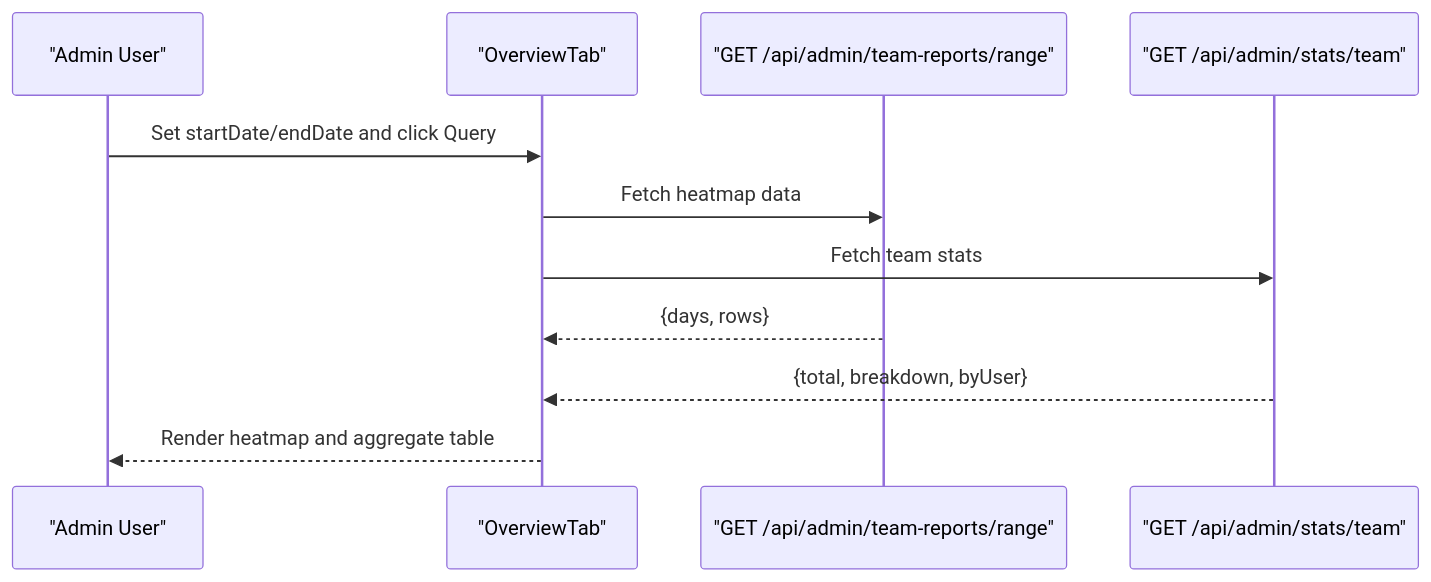
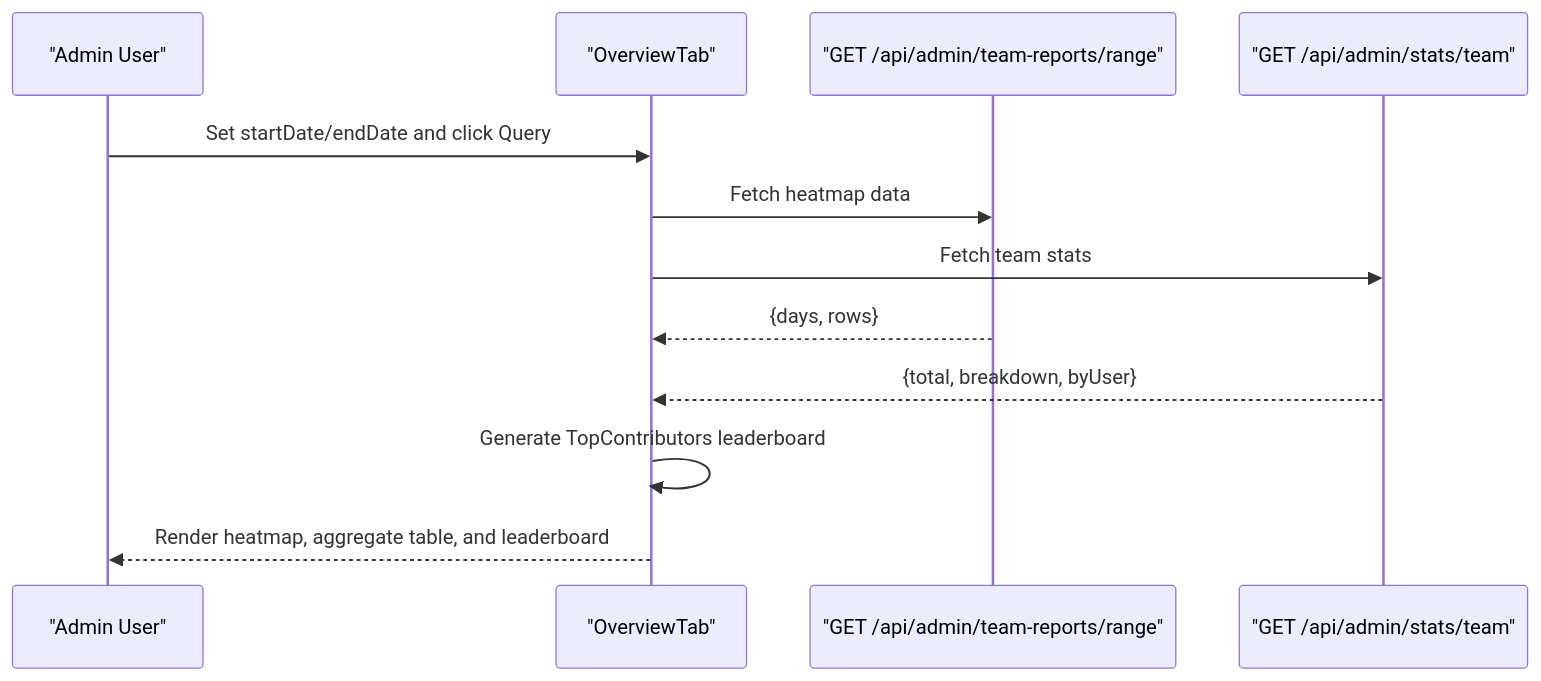
The fourth of 8 diagrams in .qoder/repowiki/en/content/Admin Features/Team Member Statistics.md (jrj444/git-daily), drawn with Mermaid before and after one commit. The commit also changed other lines of this file and 2 other files, not shown here.

````diff
--- a/.qoder/repowiki/en/content/Admin Features/Team Member Statistics.md
+++ b/.qoder/repowiki/en/content/Admin Features/Team Member Statistics.md
@@ -189,13 +206,14 @@
 ```mermaid
 sequenceDiagram
 participant Admin as "Admin User"
 participant UI as "OverviewTab"
 participant API1 as "GET /api/admin/team-reports/range"
 participant API2 as "GET /api/admin/stats/team"
 Admin->>UI : Set startDate/endDate and click Query
 UI->>API1 : Fetch heatmap data
 UI->>API2 : Fetch team stats
 API1-->>UI : {days, rows}
 API2-->>UI : {total, breakdown, byUser}
-UI-->>Admin : Render heatmap and aggregate table
+UI->>UI : Generate TopContributors leaderboard
+UI-->>Admin : Render heatmap, aggregate table, and leaderboard
 ```
````
